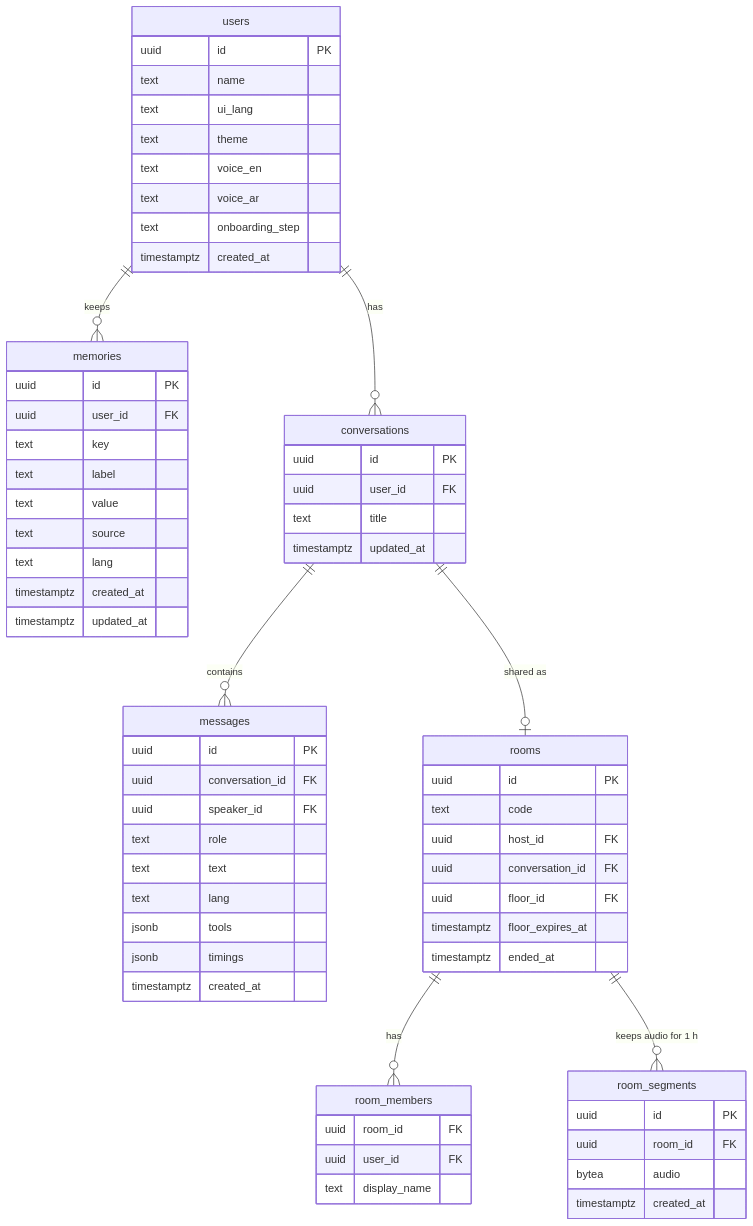
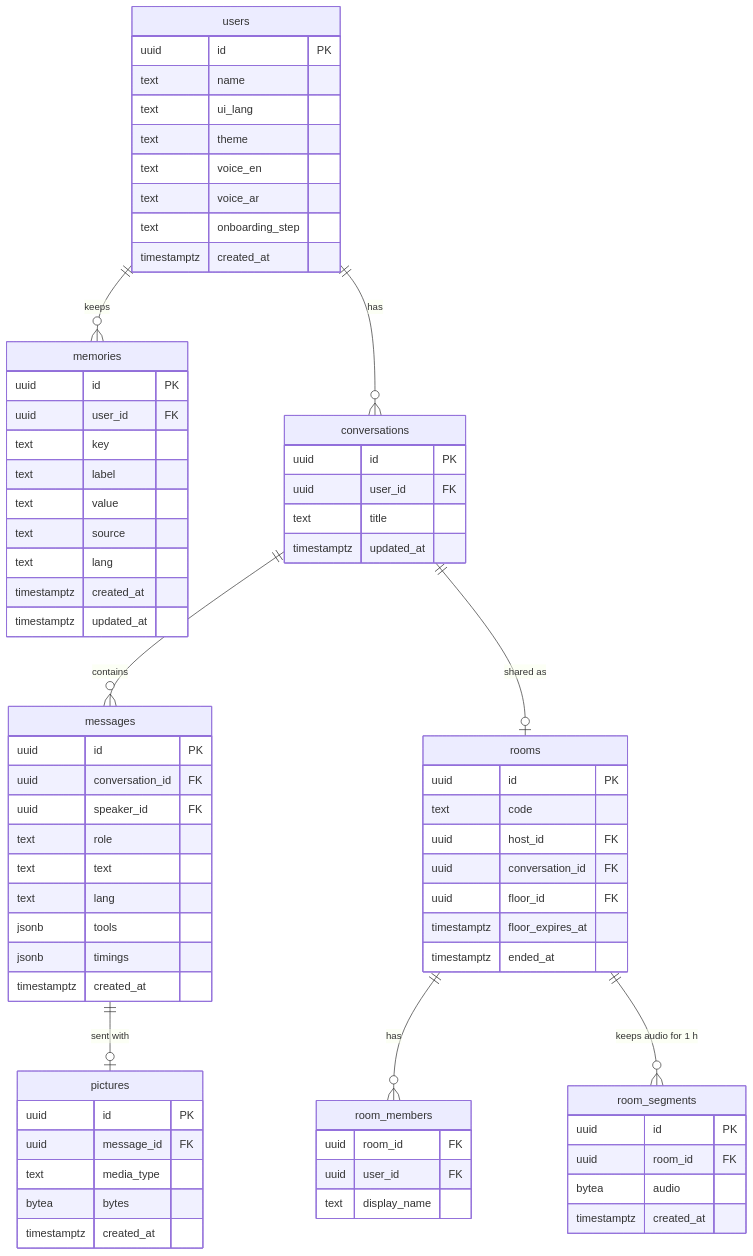
One commit to Turki-Sh/Sarjy changed the fifth of 5 diagrams in docs/02-ARCHITECTURE.md. Above: the diagram before and after it, drawn with Mermaid. The commit also changed other lines of this file and 23 other files, not shown here.

````diff
--- a/docs/02-ARCHITECTURE.md
+++ b/docs/02-ARCHITECTURE.md
@@ -512,67 +513,75 @@
 ```mermaid
 erDiagram
   users ||--o{ memories : keeps
   users ||--o{ conversations : has
   conversations ||--o{ messages : contains
+  messages ||--o| pictures : "sent with"
   conversations ||--o| rooms : "shared as"
   rooms ||--o{ room_members : has
   rooms ||--o{ room_segments : "keeps audio for 1 h"
   users {
     uuid id PK
     text name
     text ui_lang
     text theme
     text voice_en
     text voice_ar
     text onboarding_step
     timestamptz created_at
   }
   memories {
     uuid id PK
     uuid user_id FK
     text key
     text label
     text value
     text source
     text lang
     timestamptz created_at
     timestamptz updated_at
   }
   conversations {
     uuid id PK
     uuid user_id FK
     text title
     timestamptz updated_at
   }
   messages {
     uuid id PK
     uuid conversation_id FK
     uuid speaker_id FK
     text role
     text text
     text lang
     jsonb tools
     jsonb timings
     timestamptz created_at
   }
+  pictures {
+    uuid id PK
+    uuid message_id FK
+    text media_type
+    bytea bytes
+    timestamptz created_at
+  }
   rooms {
     uuid id PK
     text code
     uuid host_id FK
     uuid conversation_id FK
     uuid floor_id FK
     timestamptz floor_expires_at
     timestamptz ended_at
   }
   room_members {
     uuid room_id FK
     uuid user_id FK
     text display_name
   }
   room_segments {
     uuid id PK
     uuid room_id FK
     bytea audio
     timestamptz created_at
   }
 ```
````
